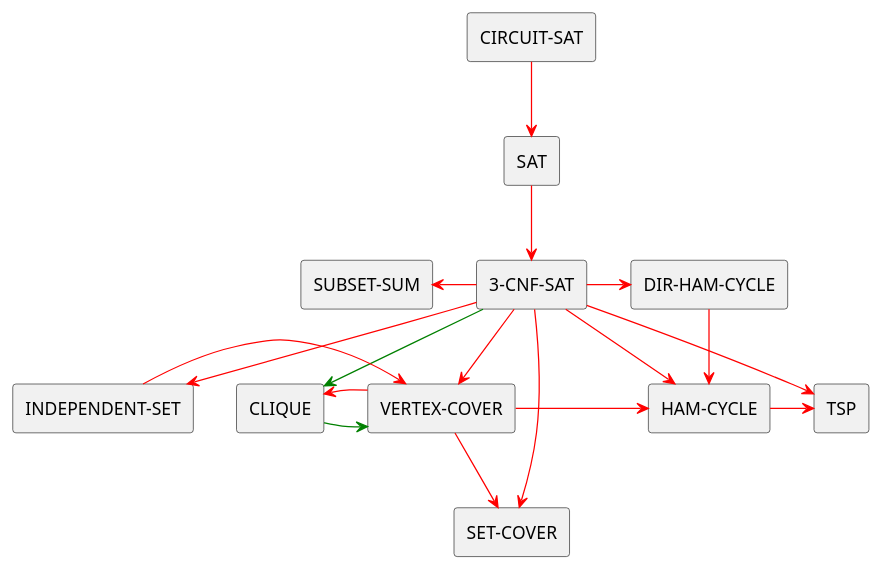
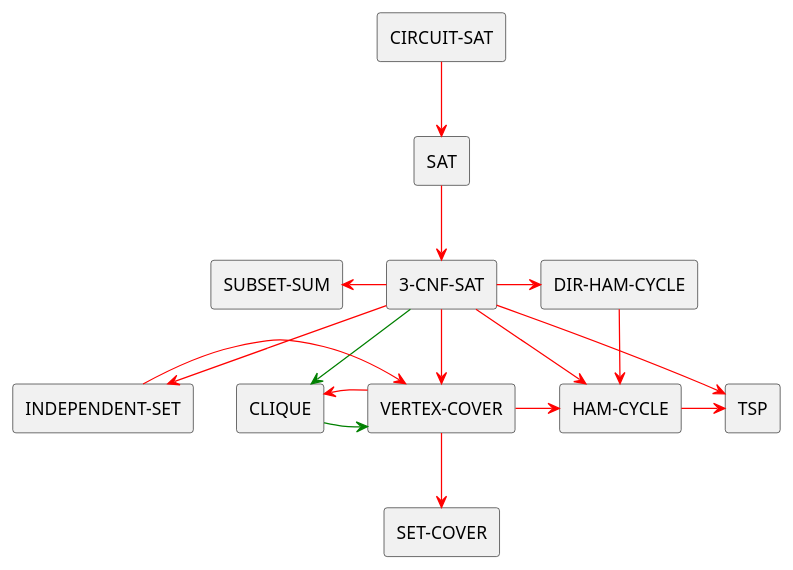
One commit to Ch40gRv1-Mu/CS3230_review changed the diagram in NP_Reduction_Tree.puml. Above: the diagram before and after it, drawn with PlantUML.

```diff
--- a/NP_Reduction_Tree.puml
+++ b/NP_Reduction_Tree.puml
@@ -1,33 +1,32 @@
 @startuml
 
 
 rectangle "CIRCUIT-SAT" as CIRCUIT_SAT
 rectangle SAT 
 rectangle "3-CNF-SAT" as 3_CNF_SAT 
 rectangle "CLIQUE" as CLIQUE
 rectangle "VERTEX-COVER" as VERTEX_COVER
 rectangle "HAM-CYCLE" as HAM_CYCLE
 rectangle "SUBSET-SUM" as SUBSET_SUM
 rectangle "SET-COVER" as SET_COVER
 rectangle "TSP" as TSP
 rectangle "INDEPENDENT-SET" as INDEPENDENT_SET
 rectangle "DIR-HAM-CYCLE" as DIR_HAM_CYCLE
 
 CIRCUIT_SAT -down-> SAT #red
 SAT -down-> 3_CNF_SAT  #red
 3_CNF_SAT-> CLIQUE #green
 SUBSET_SUM <- 3_CNF_SAT #red
 CLIQUE -> VERTEX_COVER #green
 CLIQUE <- VERTEX_COVER #red
 VERTEX_COVER -> HAM_CYCLE #red
 VERTEX_COVER -down-> SET_COVER #red
 HAM_CYCLE -> TSP #red
 3_CNF_SAT -> HAM_CYCLE  #red
 3_CNF_SAT -> VERTEX_COVER  #red
-3_CNF_SAT -> SET_COVER  #red
 3_CNF_SAT -> TSP  #red
 3_CNF_SAT -down-> INDEPENDENT_SET #red
 INDEPENDENT_SET -> VERTEX_COVER #red
 3_CNF_SAT -> DIR_HAM_CYCLE #red
 DIR_HAM_CYCLE -> HAM_CYCLE #red
 @enduml
```
